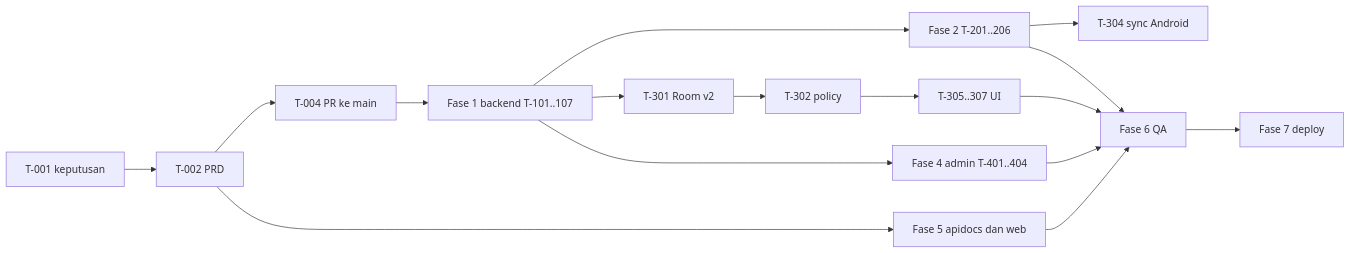
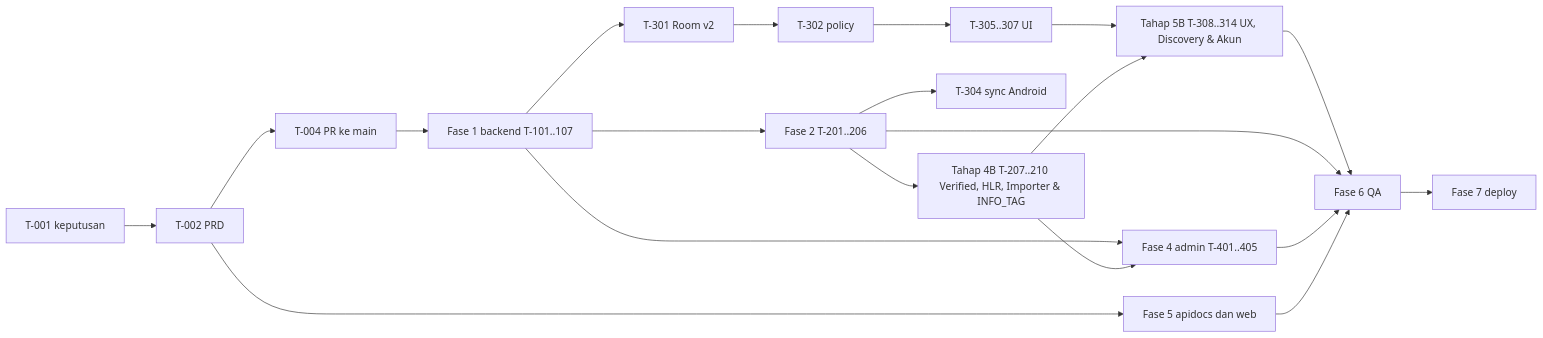
Before and after one commit to CallTag/CallTag: the diagram in docs/planning/14-ROADMAP-PENGEMBANGAN.md, drawn with Mermaid. The commit also changed other lines of this file and 101 other files, not shown here.

````diff
--- a/docs/planning/14-ROADMAP-PENGEMBANGAN.md
+++ b/docs/planning/14-ROADMAP-PENGEMBANGAN.md
@@ -90,17 +102,20 @@
 ```mermaid
 flowchart LR
     T001[T-001 keputusan] --> T002[T-002 PRD]
     T002 --> T004[T-004 PR ke main]
     T004 --> F1[Fase 1 backend T-101..107]
-    F1 --> F2[Fase 2 T-201..206]
+    F1 --> F2[Fase 2 T-201..206] --> F2B[Tahap 4B T-207..210 Verified, HLR, Importer & INFO_TAG]
     F1 --> A301[T-301 Room v2]
     F2 --> A304[T-304 sync Android]
     A301 --> A302[T-302 policy] --> A305[T-305..307 UI]
-    F1 --> F4[Fase 4 admin T-401..404]
-    A305 --> F6[Fase 6 QA]
+    A305 --> A308[Tahap 5B T-308..314 UX, Discovery & Akun]
+    F2B --> A308
+    F1 --> F4[Fase 4 admin T-401..405]
+    F2B --> F4
+    A308 --> F6[Fase 6 QA]
     F2 --> F6
     F4 --> F6
     F6 --> F7[Fase 7 deploy]
     T002 --> F5[Fase 5 apidocs dan web]
     F5 --> F6
 ```
````
